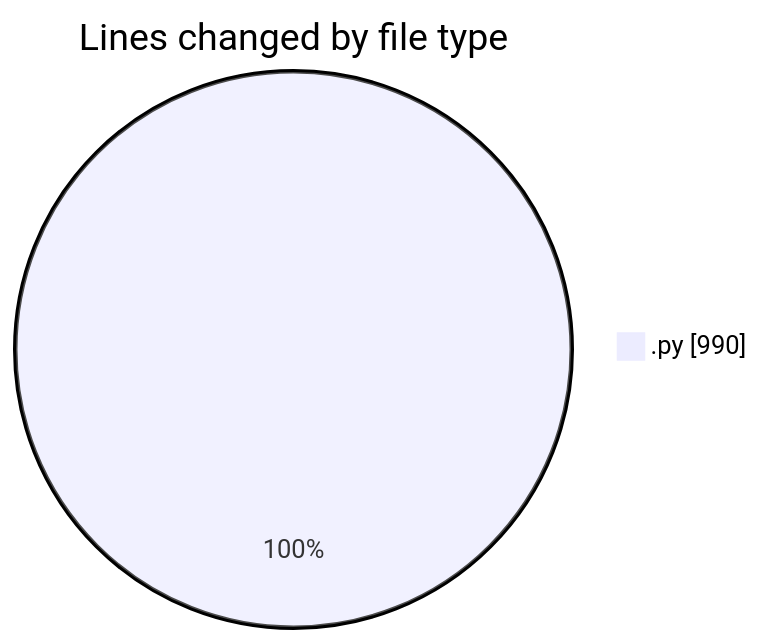
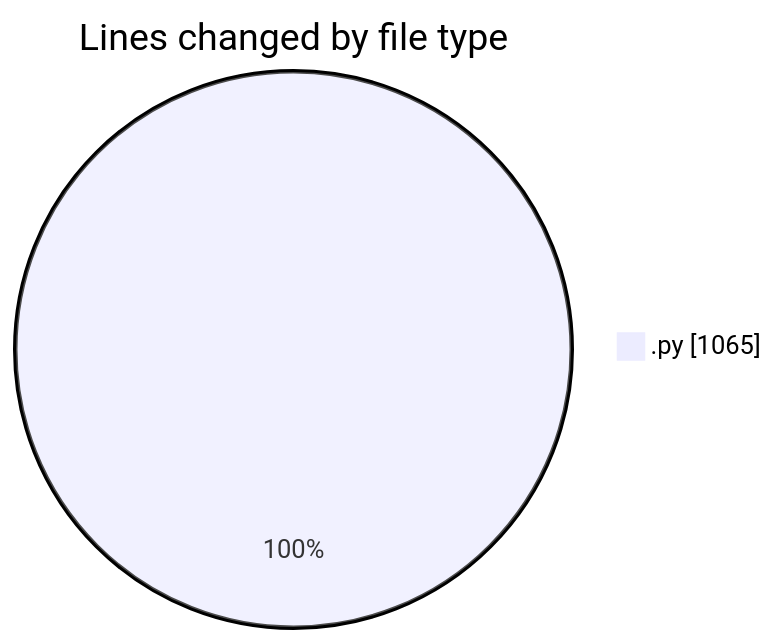
Before and after one commit to MatusMokan/code-tracking: the first of 2 diagrams in 2025-03-18/myws__workspace_/README.md, drawn with Mermaid. The commit also changed other lines of this file and 1 other file, not shown here.

````diff
--- a/2025-03-18/myws__workspace_/README.md
+++ b/2025-03-18/myws__workspace_/README.md
@@ -22,5 +23,5 @@
 ```mermaid
 pie showData
 title Lines changed by file type
-".py" : 990
+".py" : 1065
 ```
````
